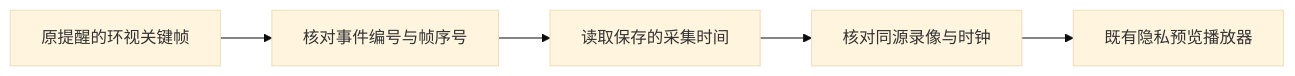
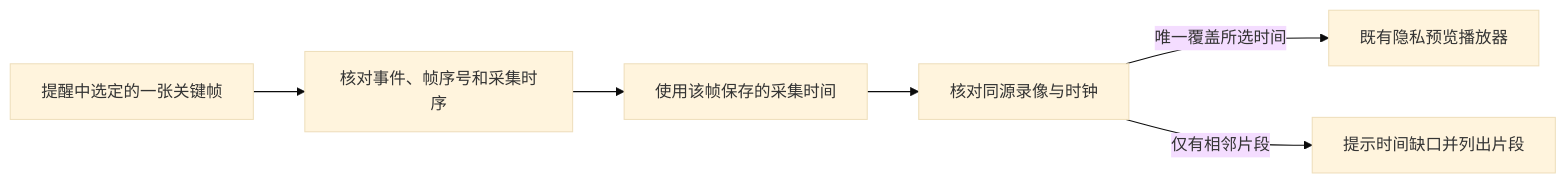
The sixth of 23 diagrams in docs/architecture.md (Geeprox/Friday), drawn with Mermaid (base theme) before and after one commit. The commit also changed other lines of this file and 16 other files, not shown here.

````diff
--- a/docs/architecture.md
+++ b/docs/architecture.md
@@ -138,7 +140,8 @@
 ```mermaid
 flowchart LR
-  A[原提醒的环视关键帧] --> B[核对事件编号与帧序号]
-  B --> C[读取保存的采集时间]
+  A[提醒中选定的一张关键帧] --> B[核对事件、帧序号和采集时序]
+  B --> C[使用该帧保存的采集时间]
   C --> D[核对同源录像与时钟]
-  D --> E[既有隐私预览播放器]
+  D -->|唯一覆盖所选时间| E[既有隐私预览播放器]
+  D -->|仅有相邻片段| F[提示时间缺口并列出片段]
 ```
````
